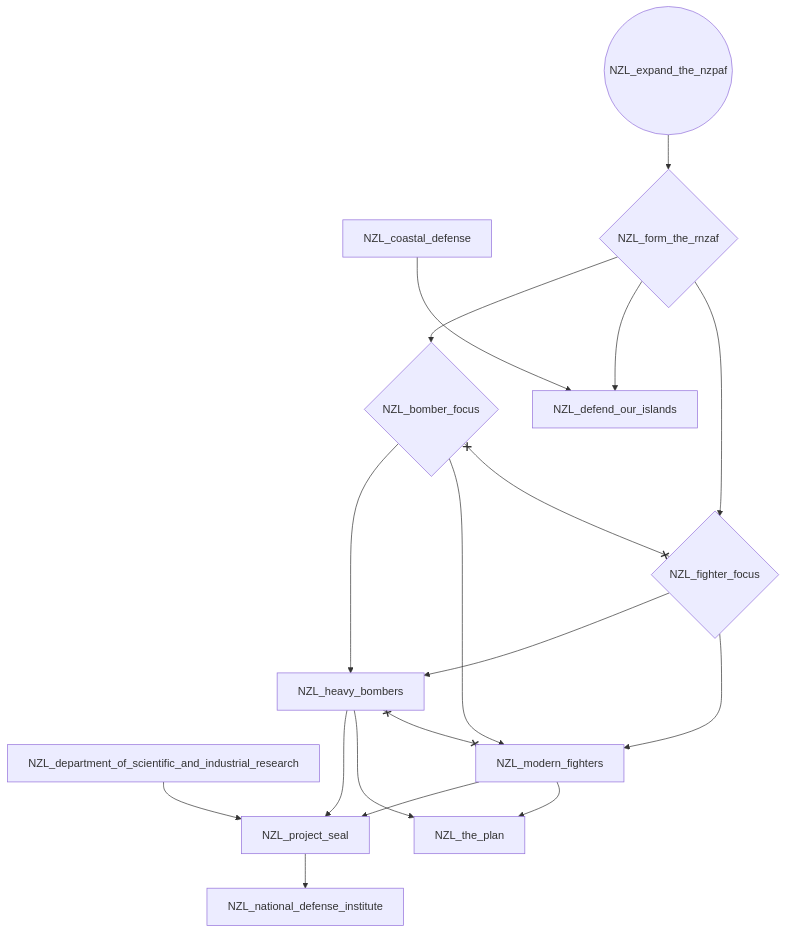
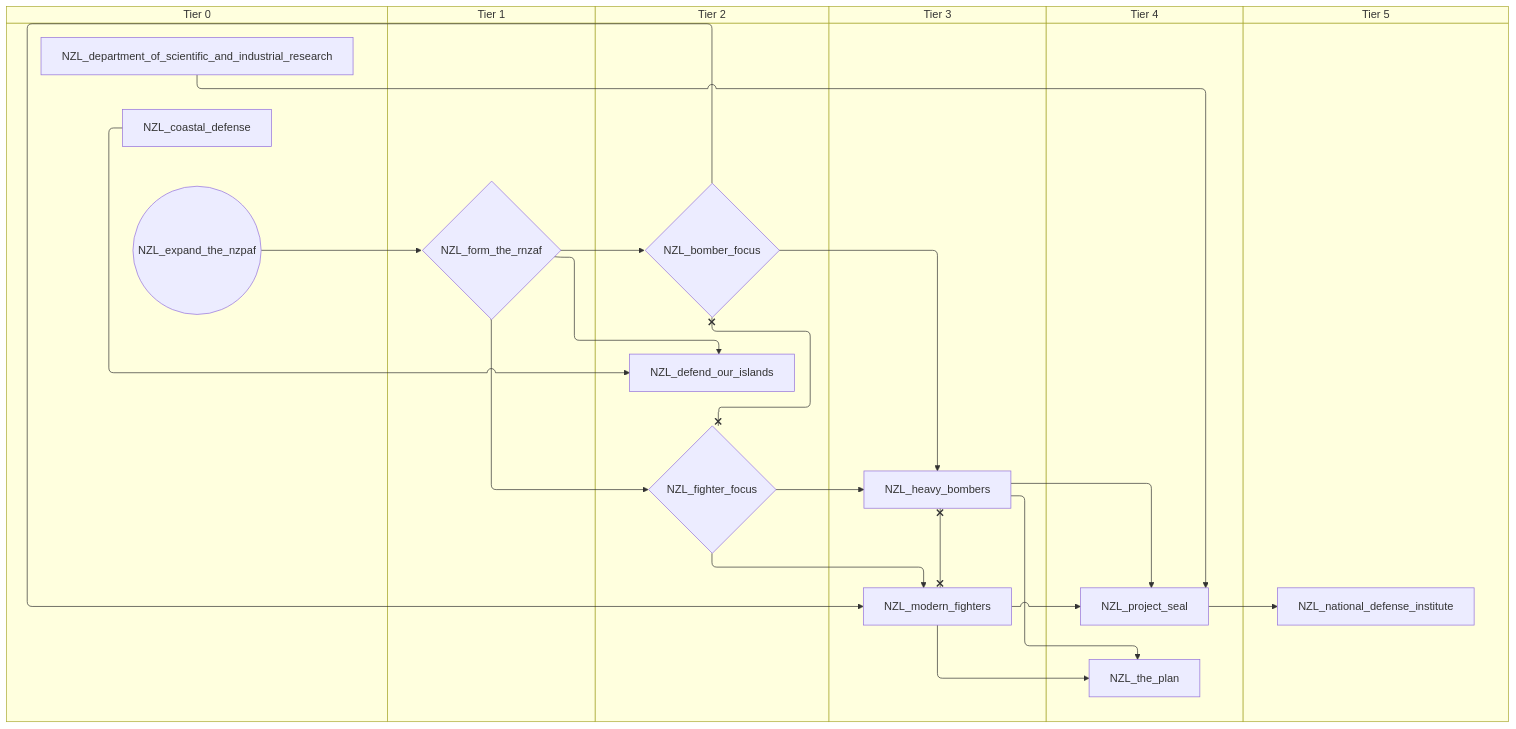
The third of 6 diagrams in docs/gdd/National Focuses/new_zealand.md (evgeny-sobol/hoi4-sandbox-mode), drawn with Mermaid before and after one commit. The commit also changed other lines of this file and 80 other files, not shown here.

First line of the commit message:
Add swimlane mode to focus graph exporter

````diff
--- a/docs/gdd/National Focuses/new_zealand.md
+++ b/docs/gdd/National Focuses/new_zealand.md
@@ -91,32 +115,44 @@
 ```mermaid
-flowchart TD
-    n31{"NZL_bomber_focus"}
-    n32["NZL_coastal_defense"]
-    n33["NZL_defend_our_islands"]
-    n6["NZL_department_of_scientific_and_industrial_research"]
-    n34(("NZL_expand_the_nzpaf"))
-    n35{"NZL_fighter_focus"}
-    n36{"NZL_form_the_rnzaf"}
-    n17["NZL_heavy_bombers"]
-    n19["NZL_modern_fighters"]
-    n20["NZL_national_defense_institute"]
-    n23["NZL_project_seal"]
-    n37["NZL_the_plan"]
-    n36 --> n31
-    n36 --> n33
+swimlane-beta TD
+    subgraph tier_0["Tier 0"]
+        n31["NZL_coastal_defense"]
+        n2["NZL_department_of_scientific_and_industrial_research"]
+        n32(("NZL_expand_the_nzpaf"))
+    end
+    subgraph tier_1["Tier 1"]
+        n33{"NZL_form_the_rnzaf"}
+    end
+    subgraph tier_2["Tier 2"]
+        n34{"NZL_bomber_focus"}
+        n35["NZL_defend_our_islands"]
+        n36{"NZL_fighter_focus"}
+    end
+    subgraph tier_3["Tier 3"]
+        n16["NZL_heavy_bombers"]
+        n18["NZL_modern_fighters"]
+    end
+    subgraph tier_4["Tier 4"]
+        n29["NZL_project_seal"]
+        n37["NZL_the_plan"]
+    end
+    subgraph tier_5["Tier 5"]
+        n30["NZL_national_defense_institute"]
+    end
+    n33 --> n34
+    n33 --> n35
+    n31 --> n35
+    n33 --> n36
     n32 --> n33
-    n36 --> n35
-    n34 --> n36
-    n35 --> n17
-    n31 --> n17
-    n35 --> n19
-    n31 --> n19
-    n23 --> n20
-    n17 --> n23
-    n19 --> n23
-    n6 --> n23
-    n17 --> n37
-    n19 --> n37
-    n31 x--x n35
-    n17 x--x n19
+    n36 --> n16
+    n34 --> n16
+    n36 --> n18
+    n34 --> n18
+    n29 --> n30
+    n16 --> n29
+    n18 --> n29
+    n2 --> n29
+    n16 --> n37
+    n18 --> n37
+    n34 x--x n36
+    n16 x--x n18
 ```
````
